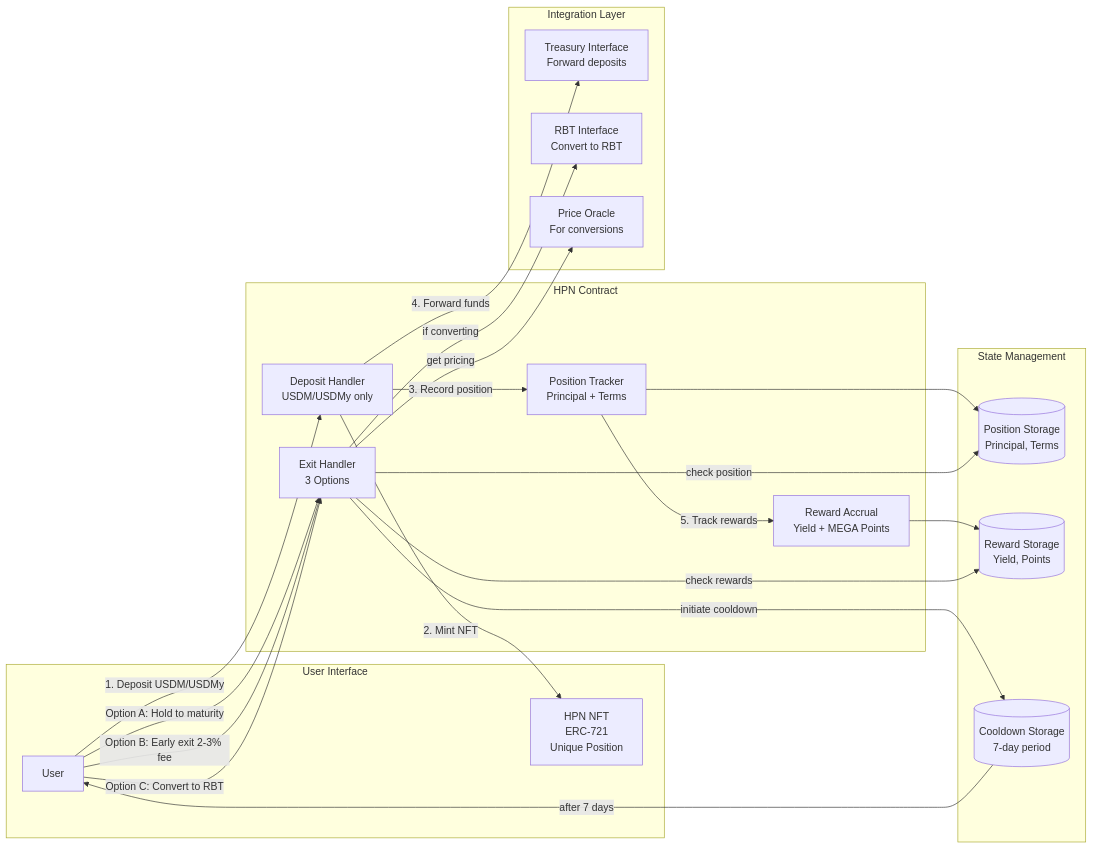
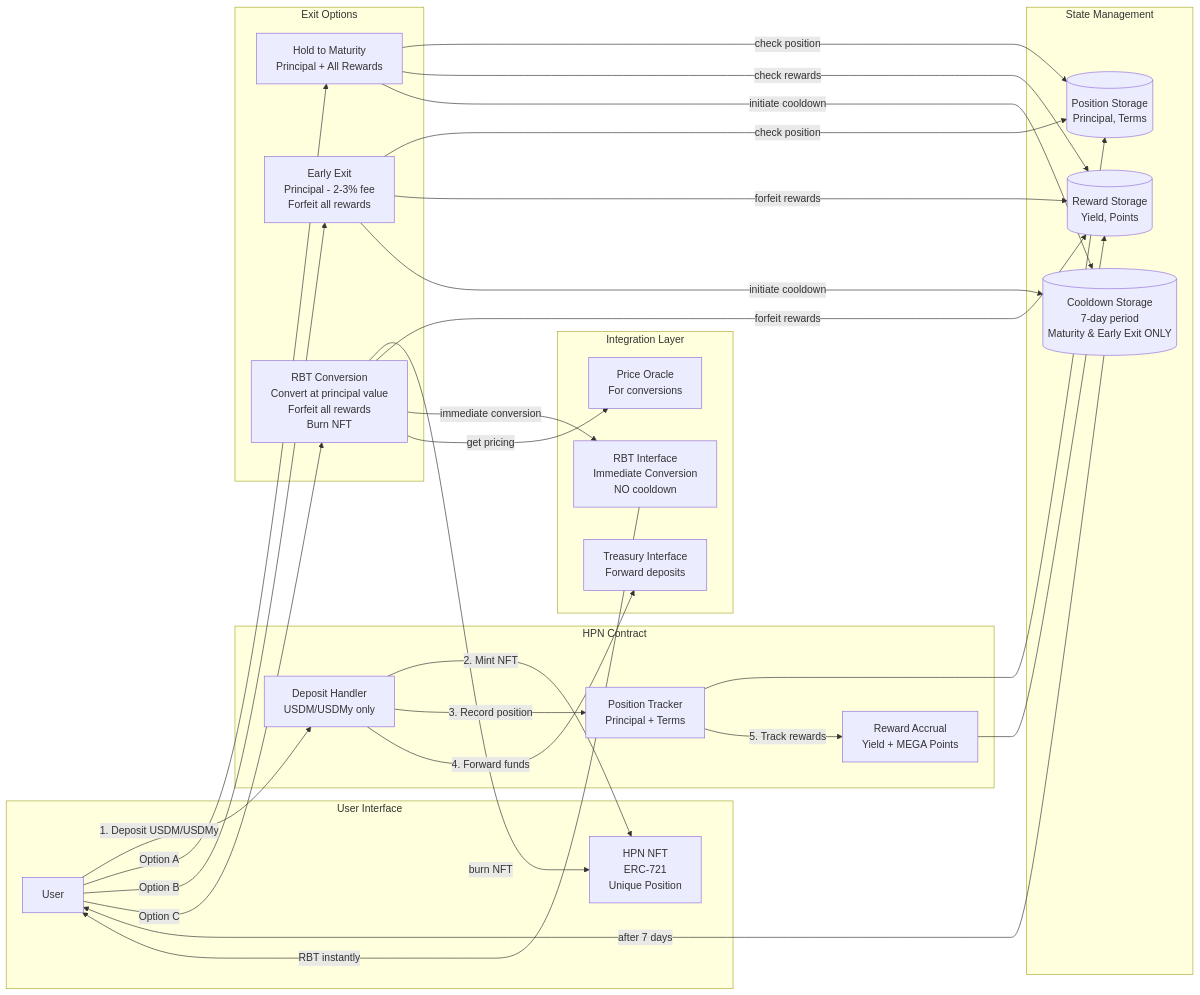
The fifth of 7 diagrams in blackhaven-architecture-diagrams.md (0xJaehaerys/ohmega), drawn with Mermaid before and after one commit.

Commit message:
CRITICAL FIX: HPN RBT conversion has NO cooldown
Fixed HPN Architecture diagram to correctly show:
- Hold to Maturity: 7-day cooldown
- Early Exit: 7-day cooldown
- RBT Conversion: NO cooldown (immediate)

Per official documentation: 'At maturity or early exit, the HPN enters a 7-day cooldown' - but NOT for RBT conversion which is immediate.

````diff
--- a/blackhaven-architecture-diagrams.md
+++ b/blackhaven-architecture-diagrams.md
@@ -281,49 +281,60 @@
 ```mermaid
 graph LR
     subgraph "User Interface"
         USER[User]
         NFT[HPN NFT<br/>ERC-721<br/>Unique Position]
     end
     
     subgraph "HPN Contract"
         DEPOSIT_HANDLER[Deposit Handler<br/>USDM/USDMy only]
         POSITION_TRACKER[Position Tracker<br/>Principal + Terms]
         REWARD_ACCRUAL[Reward Accrual<br/>Yield + MEGA Points]
-        EXIT_HANDLER[Exit Handler<br/>3 Options]
+    end
+    
+    subgraph "Exit Options"
+        MATURITY_EXIT[Hold to Maturity<br/>Principal + All Rewards]
+        EARLY_EXIT[Early Exit<br/>Principal - 2-3% fee<br/>Forfeit all rewards]
+        RBT_CONVERSION[RBT Conversion<br/>Convert at principal value<br/>Forfeit all rewards<br/>Burn NFT]
     end
     
     subgraph "State Management"
         POSITIONS[(Position Storage<br/>Principal, Terms)]
         REWARDS[(Reward Storage<br/>Yield, Points)]
-        COOLDOWNS[(Cooldown Storage<br/>7-day period)]
+        COOLDOWNS[(Cooldown Storage<br/>7-day period<br/>Maturity & Early Exit ONLY)]
     end
     
     subgraph "Integration Layer"
         TREASURY_INT[Treasury Interface<br/>Forward deposits]
-        RBT_INT[RBT Interface<br/>Convert to RBT]
+        RBT_INT[RBT Interface<br/>Immediate Conversion<br/>NO cooldown]
         ORACLE[Price Oracle<br/>For conversions]
     end
     
     USER -->|1. Deposit USDM/USDMy| DEPOSIT_HANDLER
     DEPOSIT_HANDLER -->|2. Mint NFT| NFT
     DEPOSIT_HANDLER -->|3. Record position| POSITION_TRACKER
     POSITION_TRACKER --> POSITIONS
     
     DEPOSIT_HANDLER -->|4. Forward funds| TREASURY_INT
     
     POSITION_TRACKER -->|5. Track rewards| REWARD_ACCRUAL
     REWARD_ACCRUAL --> REWARDS
     
-    USER -->|Option A: Hold to maturity| EXIT_HANDLER
-    USER -->|Option B: Early exit 2-3% fee| EXIT_HANDLER
-    USER -->|Option C: Convert to RBT| EXIT_HANDLER
+    USER -->|Option A| MATURITY_EXIT
+    USER -->|Option B| EARLY_EXIT
+    USER -->|Option C| RBT_CONVERSION
     
-    EXIT_HANDLER -->|check position| POSITIONS
-    EXIT_HANDLER -->|check rewards| REWARDS
-    EXIT_HANDLER -->|initiate cooldown| COOLDOWNS
+    MATURITY_EXIT -->|check position| POSITIONS
+    MATURITY_EXIT -->|check rewards| REWARDS
+    MATURITY_EXIT -->|initiate cooldown| COOLDOWNS
+    COOLDOWNS -->|after 7 days| USER
     
-    EXIT_HANDLER -->|if converting| RBT_INT
-    EXIT_HANDLER -->|get pricing| ORACLE
+    EARLY_EXIT -->|check position| POSITIONS
+    EARLY_EXIT -->|forfeit rewards| REWARDS
+    EARLY_EXIT -->|initiate cooldown| COOLDOWNS
     
-    COOLDOWNS -->|after 7 days| USER
+    RBT_CONVERSION -->|burn NFT| NFT
+    RBT_CONVERSION -->|forfeit rewards| REWARDS
+    RBT_CONVERSION -->|immediate conversion| RBT_INT
+    RBT_CONVERSION -->|get pricing| ORACLE
+    RBT_INT -->|RBT instantly| USER
 ```
````
